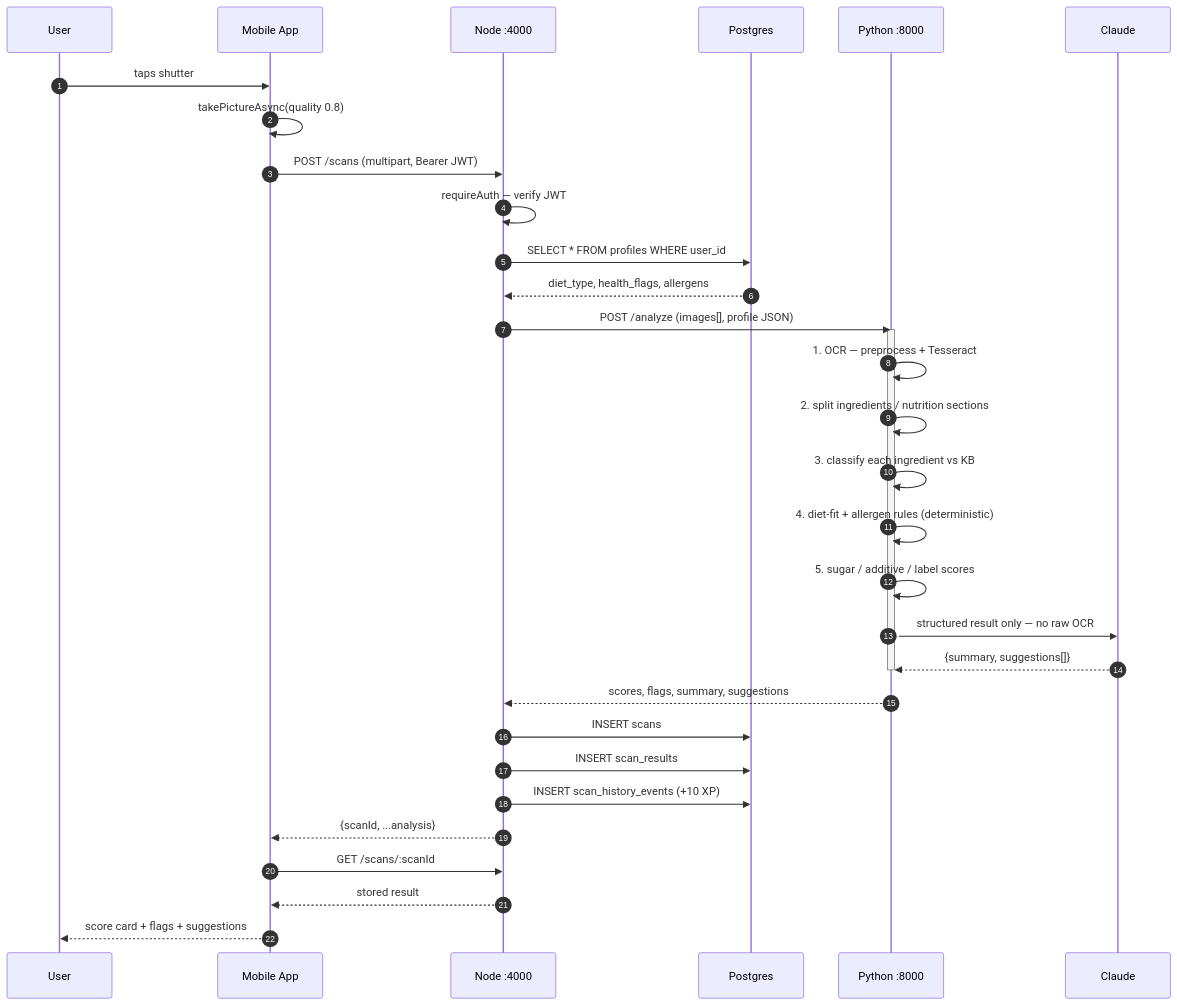
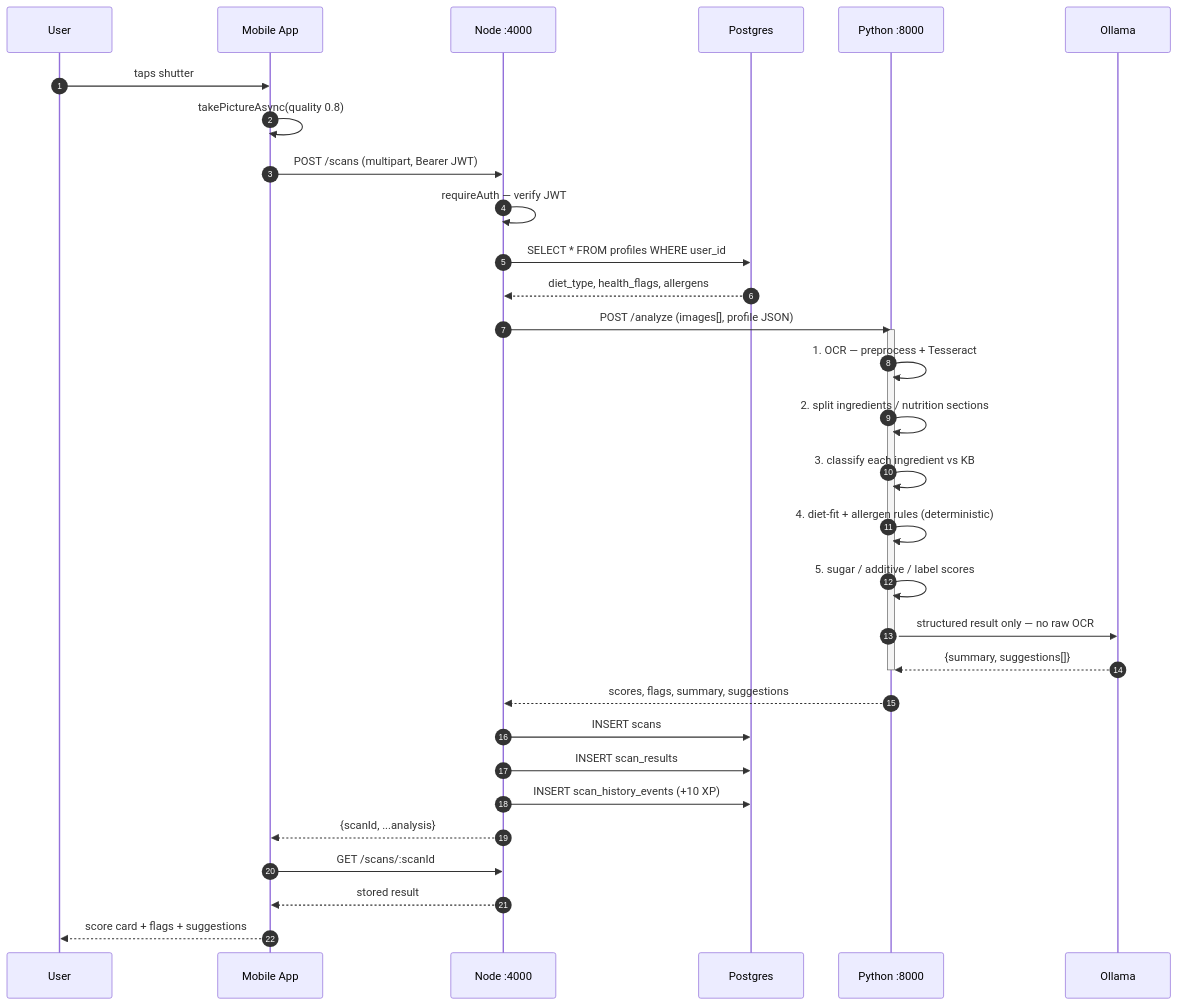
The second of 6 diagrams in labelwise-scaffold/labelwise/docs/architecture-diagram.md (dipal0708/ScanBite), drawn with Mermaid before and after one commit. The commit also changed other lines of this file and 17 other files, not shown here.

````diff
--- a/labelwise-scaffold/labelwise/docs/architecture-diagram.md
+++ b/labelwise-scaffold/labelwise/docs/architecture-diagram.md
@@ -66,40 +66,40 @@
 ```mermaid
 sequenceDiagram
     autonumber
     participant U as User
     participant App as Mobile App
     participant API as Node :4000
     participant PG as Postgres
     participant AI as Python :8000
-    participant C as Claude
+    participant C as Ollama
 
     U->>App: taps shutter
     App->>App: takePictureAsync(quality 0.8)
     App->>API: POST /scans (multipart, Bearer JWT)
     API->>API: requireAuth — verify JWT
     API->>PG: SELECT * FROM profiles WHERE user_id
     PG-->>API: diet_type, health_flags, allergens
 
     API->>AI: POST /analyze (images[], profile JSON)
 
     activate AI
     AI->>AI: 1. OCR — preprocess + Tesseract
     AI->>AI: 2. split ingredients / nutrition sections
     AI->>AI: 3. classify each ingredient vs KB
     AI->>AI: 4. diet-fit + allergen rules (deterministic)
     AI->>AI: 5. sugar / additive / label scores
     AI->>C: structured result only — no raw OCR
     C-->>AI: {summary, suggestions[]}
     deactivate AI
 
     AI-->>API: scores, flags, summary, suggestions
 
     API->>PG: INSERT scans
     API->>PG: INSERT scan_results
     API->>PG: INSERT scan_history_events (+10 XP)
     API-->>App: {scanId, ...analysis}
 
     App->>API: GET /scans/:scanId
     API-->>App: stored result
     App-->>U: score card + flags + suggestions
 ```
````
